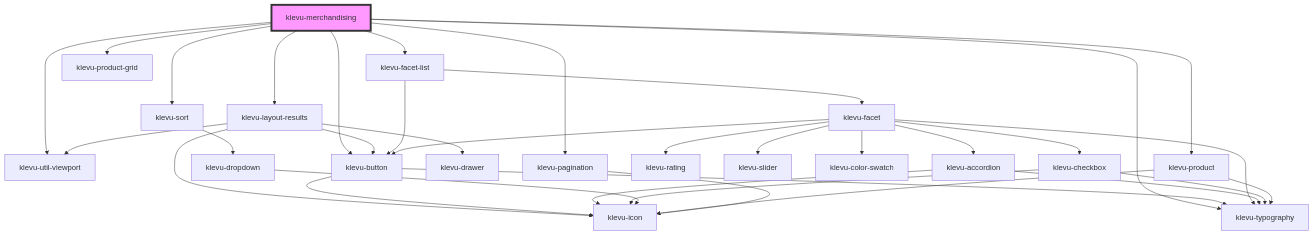
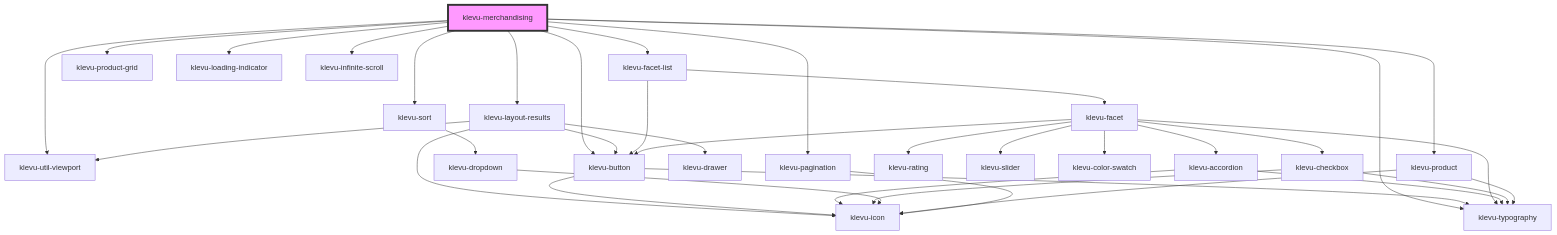
Before and after one commit to klevultd/frontend-sdk: the diagram in packages/klevu-ui/src/components/klevu-merchandising/readme.md, drawn with Mermaid. The commit also changed other lines of this file and 24 other files, not shown here.

````diff
--- a/packages/klevu-ui/src/components/klevu-merchandising/readme.md
+++ b/packages/klevu-ui/src/components/klevu-merchandising/readme.md
@@ -58,37 +61,39 @@
 ```mermaid
 graph TD;
   klevu-merchandising --> klevu-util-viewport
   klevu-merchandising --> klevu-layout-results
   klevu-merchandising --> klevu-facet-list
   klevu-merchandising --> klevu-typography
   klevu-merchandising --> klevu-sort
   klevu-merchandising --> klevu-product-grid
   klevu-merchandising --> klevu-product
+  klevu-merchandising --> klevu-loading-indicator
+  klevu-merchandising --> klevu-infinite-scroll
   klevu-merchandising --> klevu-pagination
   klevu-merchandising --> klevu-button
   klevu-layout-results --> klevu-util-viewport
   klevu-layout-results --> klevu-button
   klevu-layout-results --> klevu-icon
   klevu-layout-results --> klevu-drawer
   klevu-button --> klevu-icon
   klevu-button --> klevu-typography
   klevu-facet-list --> klevu-facet
   klevu-facet-list --> klevu-button
   klevu-facet --> klevu-accordion
   klevu-facet --> klevu-rating
   klevu-facet --> klevu-typography
   klevu-facet --> klevu-slider
   klevu-facet --> klevu-color-swatch
   klevu-facet --> klevu-checkbox
   klevu-facet --> klevu-button
   klevu-accordion --> klevu-typography
   klevu-accordion --> klevu-icon
   klevu-checkbox --> klevu-icon
   klevu-checkbox --> klevu-typography
   klevu-sort --> klevu-dropdown
   klevu-dropdown --> klevu-icon
   klevu-product --> klevu-icon
   klevu-product --> klevu-typography
   klevu-pagination --> klevu-icon
   style klevu-merchandising fill:#f9f,stroke:#333,stroke-width:4px
 ```
````
